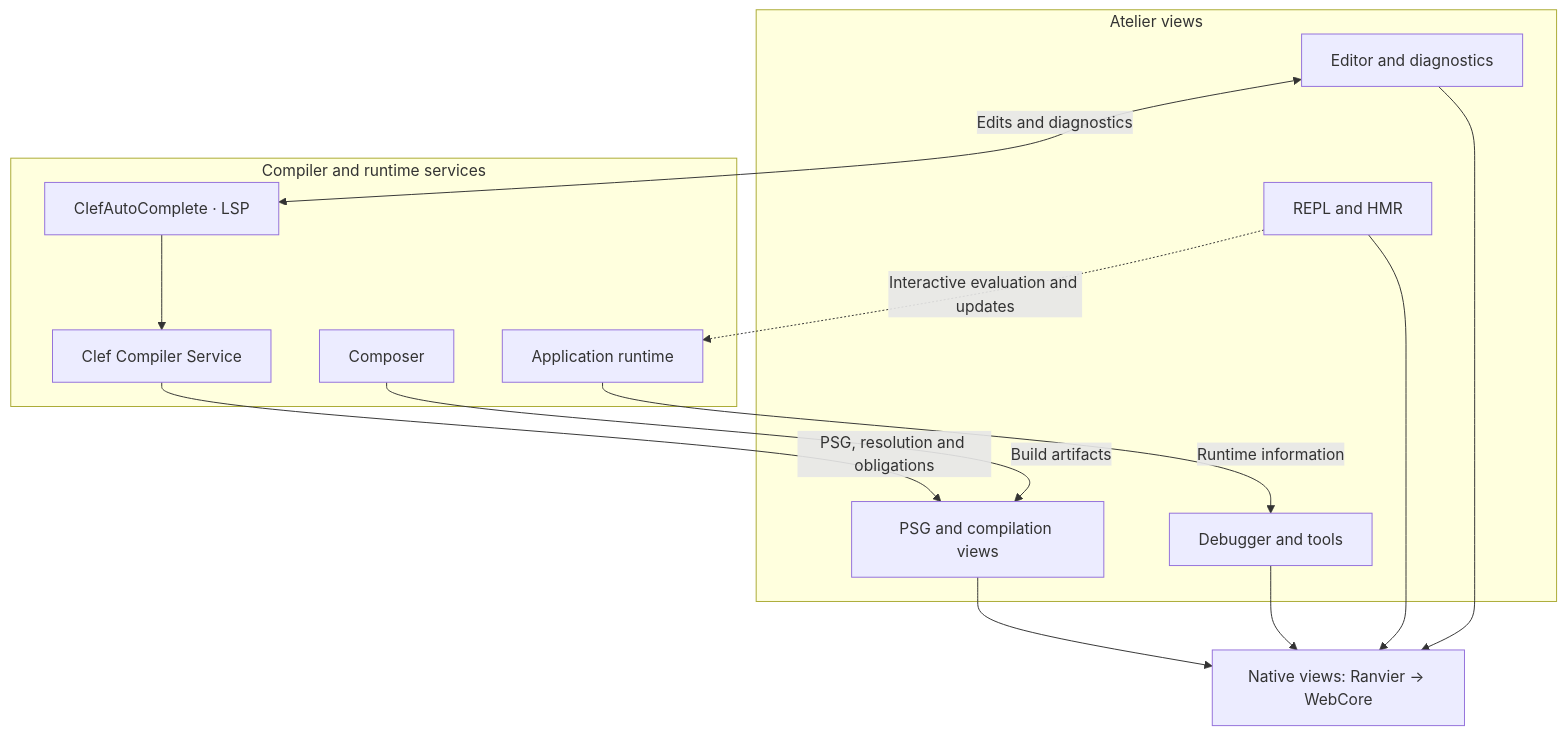
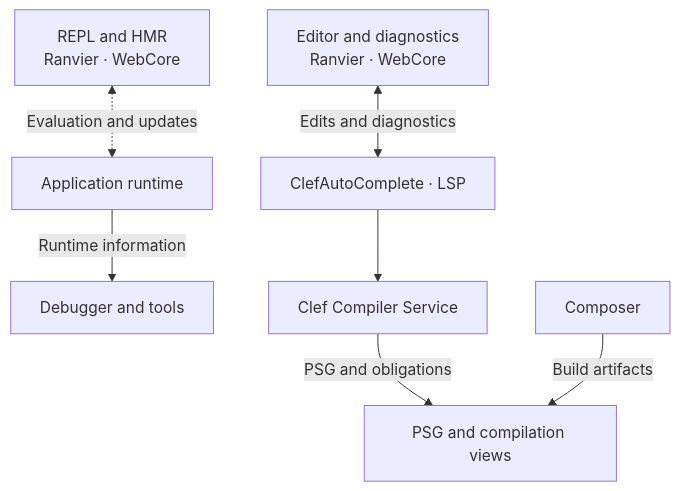
One commit to FidelityFramework/Atelier changed the diagram in README.md. Above: the diagram before and after it, drawn with Mermaid.

Commit message:
update graph alignment

````diff
--- a/README.md
+++ b/README.md
@@ -24,26 +24,17 @@
 ```mermaid
 flowchart TD
-    subgraph atelier["Atelier views"]
-        editor["Editor and diagnostics"]
-        repl["REPL and HMR"]
-        psg_view["PSG and compilation views"]
-        debug["Debugger and tools"]
-    end
-
-    native["Native views: Ranvier → WebCore"]
-
-    subgraph services["Compiler and runtime services"]
-        cac["ClefAutoComplete · LSP"]
-        ccs["Clef Compiler Service"]
-        composer["Composer"]
-        runtime["Application runtime"]
-    end
-
-    editor & repl & psg_view & debug --> native
+    editor["Editor and diagnostics<br/>Ranvier · WebCore"]
+    repl["REPL and HMR<br/>Ranvier · WebCore"]
+    psg_view["PSG and compilation views"]
+    debug["Debugger and tools"]
+    cac["ClefAutoComplete · LSP"]
+    ccs["Clef Compiler Service"]
+    composer["Composer"]
+    runtime["Application runtime"]
     editor <-->|"Edits and diagnostics"| cac
-    repl -.->|"Interactive evaluation and updates"| runtime
     cac --> ccs
-    ccs -->|"PSG, resolution and obligations"| psg_view
+    ccs -->|"PSG and obligations"| psg_view
     composer -->|"Build artifacts"| psg_view
+    repl <-.->|"Evaluation and updates"| runtime
     runtime -->|"Runtime information"| debug
 ```
````
